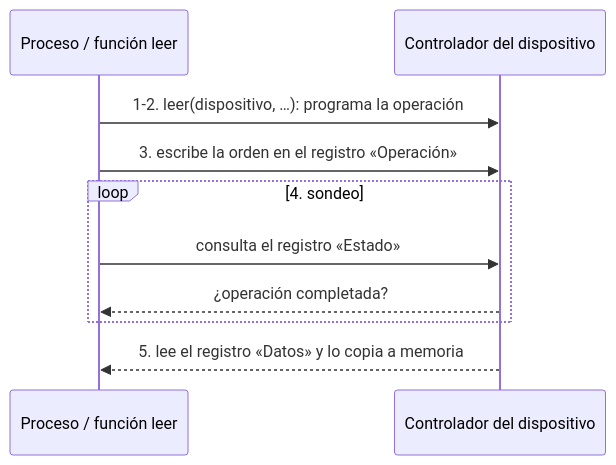
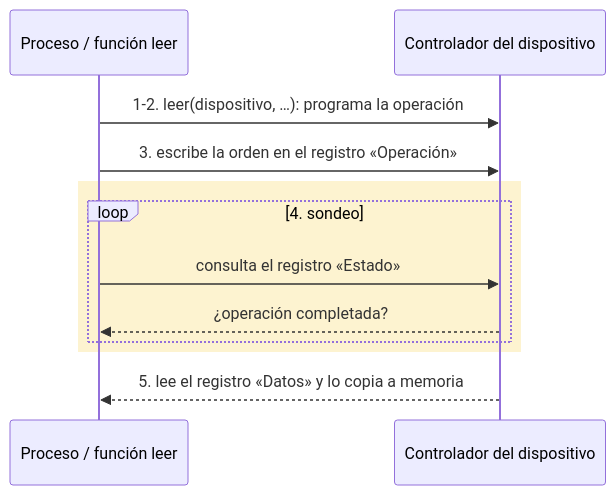
Before and after one commit to asiermarzo/ssoo: the first of 5 diagrams in TEORIA/11-dispositivos-de-es/README.md, drawn with Mermaid. The commit also changed other lines of this file and 25 other files, not shown here.

Commit message:
refinado de diagramas mermaid y svg

````diff
--- a/TEORIA/11-dispositivos-de-es/README.md
+++ b/TEORIA/11-dispositivos-de-es/README.md
@@ -42,12 +59,14 @@
 ```mermaid
 sequenceDiagram
     participant P as Proceso / función leer
     participant C as Controlador del dispositivo
     P->>C: 1-2. leer(dispositivo, …): programa la operación
     P->>C: 3. escribe la orden en el registro «Operación»
-    loop 4. sondeo
-        P->>C: consulta el registro «Estado»
-        C-->>P: ¿operación completada?
+    rect rgb(253, 243, 208)
+        loop 4. sondeo
+            P->>C: consulta el registro «Estado»
+            C-->>P: ¿operación completada?
+        end
     end
     C-->>P: 5. lee el registro «Datos» y lo copia a memoria
 ```
````
